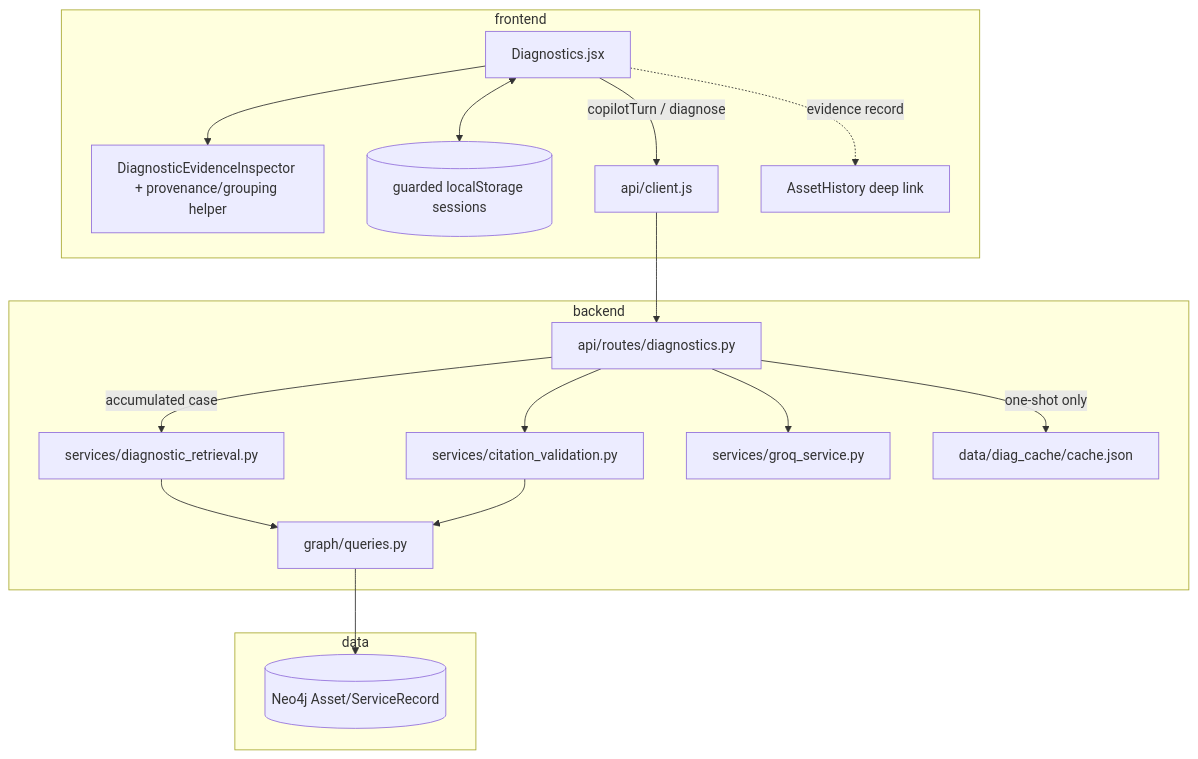
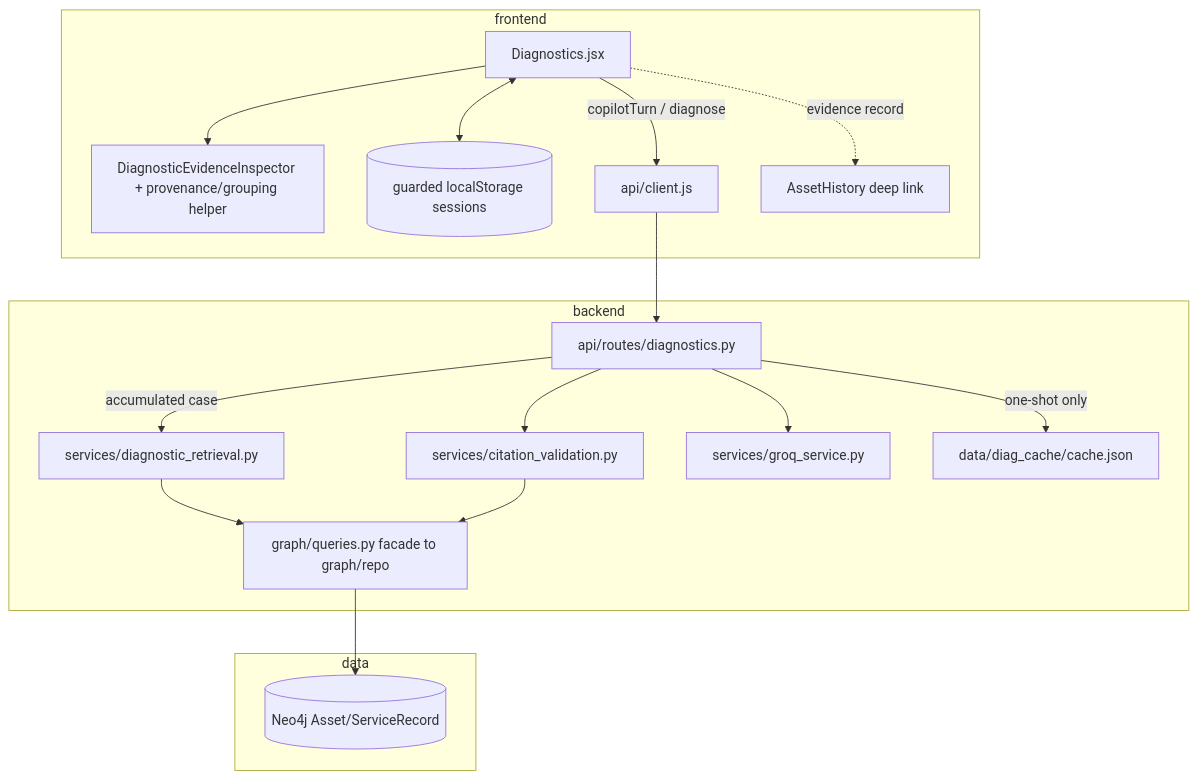
One commit to umaritics/halite changed the diagram in knowledge/flows/FLOW-diagnose.md. Above: the diagram before and after it, drawn with Mermaid. The commit also changed other lines of this file and 55 other files, not shown here.

````diff
--- a/knowledge/flows/FLOW-diagnose.md
+++ b/knowledge/flows/FLOW-diagnose.md
@@ -75,29 +75,29 @@
 ```mermaid
 flowchart TB
   subgraph frontend
     D[Diagnostics.jsx]
     EI[DiagnosticEvidenceInspector + provenance/grouping helper]
     S[(guarded localStorage sessions)]
     C[api/client.js]
     H[AssetHistory deep link]
   end
   subgraph backend
     R[api/routes/diagnostics.py]
     RET[services/diagnostic_retrieval.py]
     V[services/citation_validation.py]
     G[services/groq_service.py]
     CACHE[data/diag_cache/cache.json]
-    QR[graph/queries.py]
+    QR[graph/queries.py facade to graph/repo]
   end
   subgraph data
     N[(Neo4j Asset/ServiceRecord)]
   end
   D -->|copilotTurn / diagnose| C --> R
   D --> EI
   D <--> S
   R -->|accumulated case| RET --> QR --> N
   R --> G
   R --> V --> QR
   R -->|one-shot only| CACHE
   D -. evidence record .-> H
 ```
````
